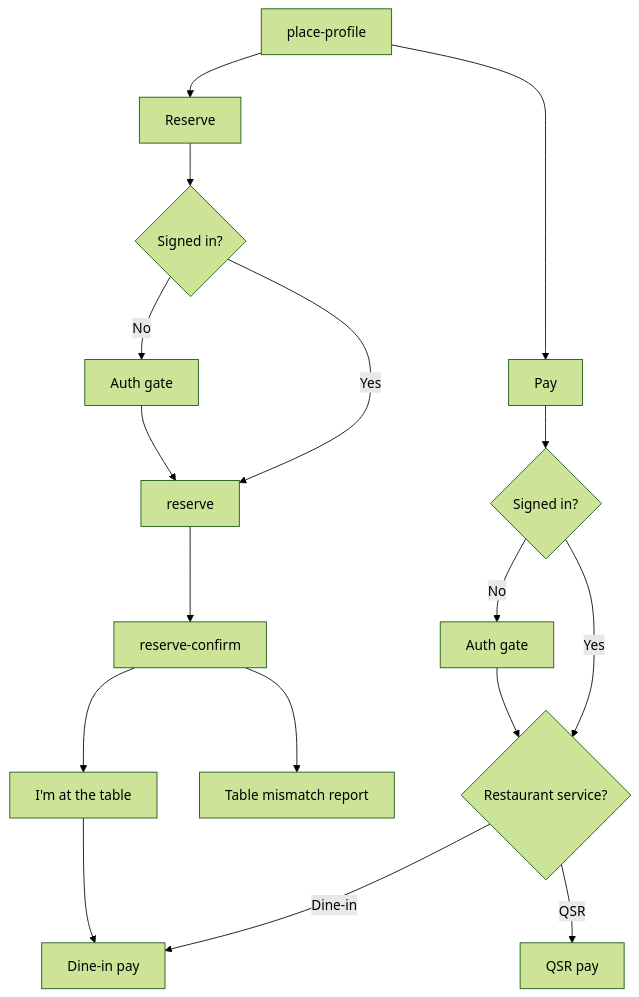
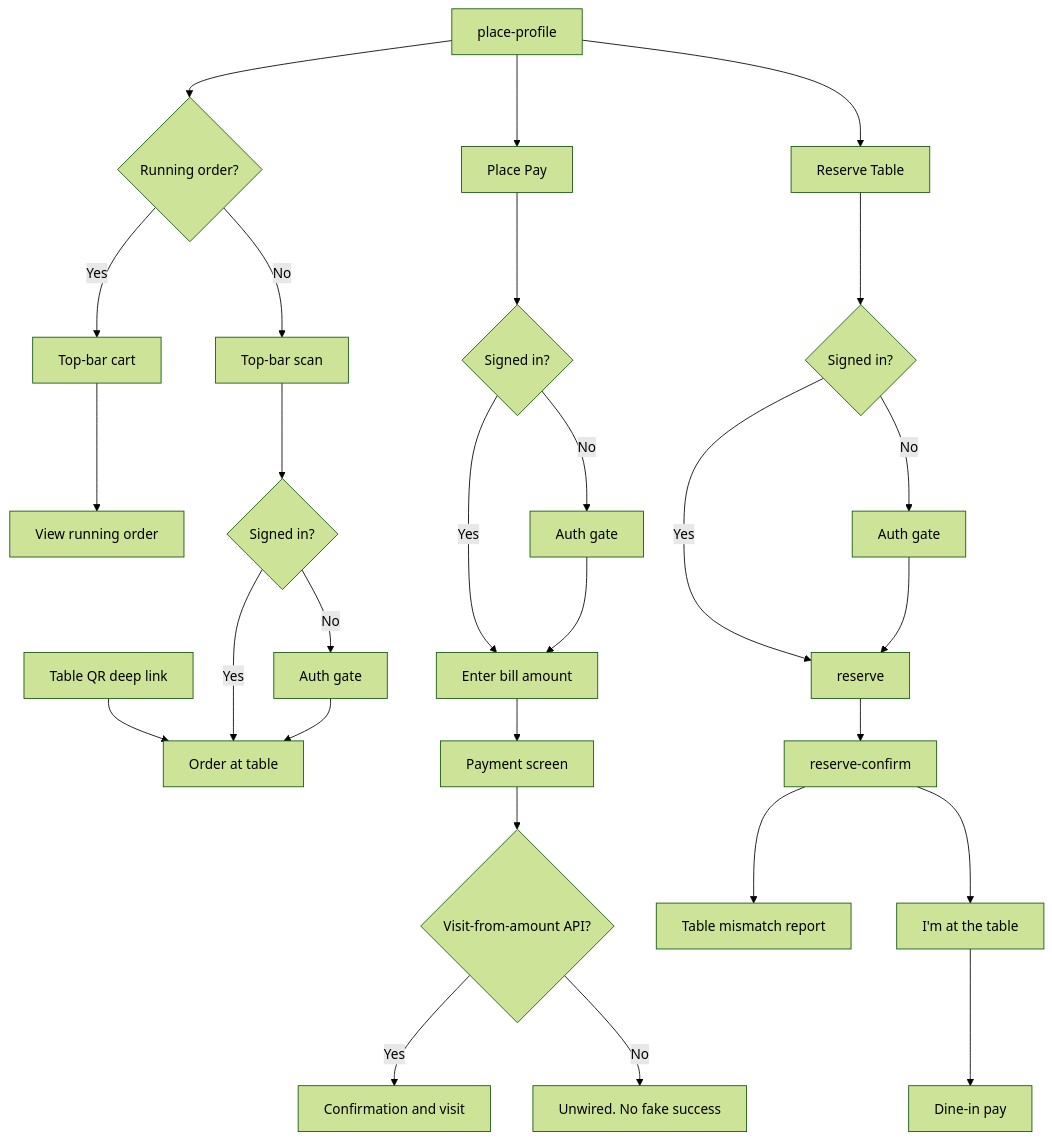
Before and after one commit to bawra11/elite-product: the diagram in product/detail-flows/09-reserve-and-pay.md, drawn with Mermaid (forest theme). The commit also changed other lines of this file and 12 other files, not shown here.

First line of the commit message:
Record Place Pay, OTP-only diner auth, and the elite_app pointer.

````diff
--- a/product/detail-flows/09-reserve-and-pay.md
+++ b/product/detail-flows/09-reserve-and-pay.md
@@ -5,21 +11,33 @@
 ```mermaid
 flowchart TD
-  place["place-profile"] --> reserveTap["Reserve"]
-  place --> payTap["Pay"]
+  place["place-profile"] --> reserveTap["Reserve Table"]
+  place --> payTap["Place Pay"]
+  place --> orderIcon{"Running order?"}
+  deep["Table QR deep link"] --> dineIn["Order at table"]
 
   reserveTap --> gateR{Signed in?}
   gateR -->|No| authR["Auth gate"]
   authR --> reserve
   gateR -->|Yes| reserve["reserve"]
   reserve --> held["reserve-confirm"]
   held --> open["I'm at the table"]
-  open --> dine["Dine-in pay"]
+  open --> dinePay["Dine-in pay"]
   held --> mismatch["Table mismatch report"]
 
   payTap --> gateP{Signed in?}
   gateP -->|No| authP["Auth gate"]
-  authP --> mode
-  gateP -->|Yes| mode{Restaurant service?}
-  mode -->|Dine-in| dine
-  mode -->|QSR| qsr["QSR pay"]
+  authP --> amount
+  gateP -->|Yes| amount["Enter bill amount"]
+  amount --> payScreen["Payment screen"]
+  payScreen --> visitApi{Visit-from-amount API?}
+  visitApi -->|No| stay["Unwired. No fake success"]
+  visitApi -->|Yes| confirm["Confirmation and visit"]
+
+  orderIcon -->|No| scan["Top-bar scan"]
+  orderIcon -->|Yes| cart["Top-bar cart"]
+  scan --> gateO{Signed in?}
+  gateO -->|No| authO["Auth gate"]
+  authO --> dineIn
+  gateO -->|Yes| dineIn
+  cart --> running["View running order"]
 ```
````
